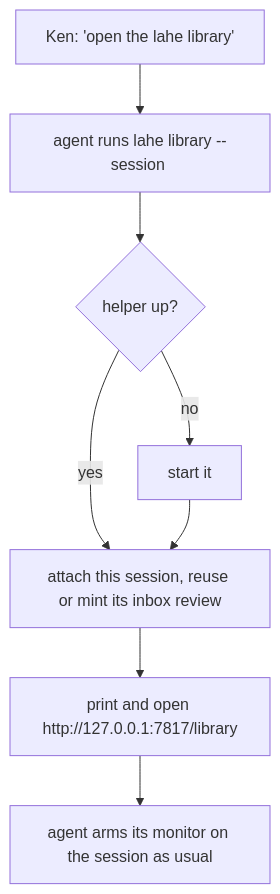
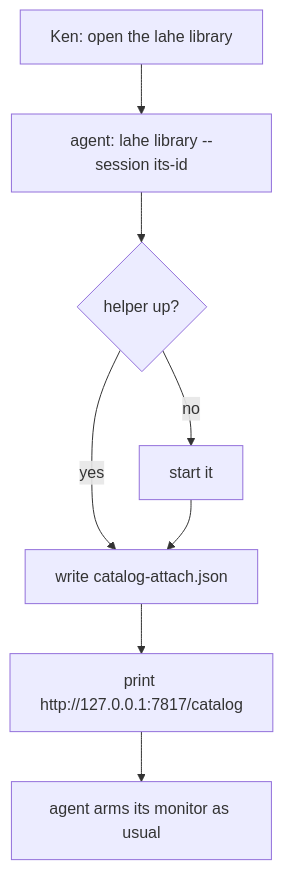
Before and after one commit to kenxle/live-agentic-html-editor: the third of 3 diagrams in docs/features/20260922.02_lahe_library/02_architecture_lahe_library.md, drawn with Mermaid. The commit also changed other lines of this file and 5 other files, not shown here.

Commit message:
Architecture: both reviews folded in; hand-overs become a helper-only queue

````diff
--- a/docs/features/20260922.02_lahe_library/02_architecture_lahe_library.md
+++ b/docs/features/20260922.02_lahe_library/02_architecture_lahe_library.md
@@ -109,10 +133,10 @@
 ```mermaid
 flowchart TD
-  C["Ken: 'open the lahe library'"] --> L["agent runs lahe library --session <its id>"]
+  C["Ken: open the lahe library"] --> L["agent: lahe library --session its-id"]
   L --> H1{"helper up?"}
   H1 -->|"no"| St["start it"]
-  H1 -->|"yes"| At
-  St --> At["attach this session, reuse or mint its inbox review"]
-  At --> P["print and open http://127.0.0.1:7817/library"]
-  P --> M["agent arms its monitor on the session as usual"]
+  H1 -->|"yes"| At["write catalog-attach.json"]
+  St --> At
+  At --> P["print http://127.0.0.1:7817/catalog"]
+  P --> M["agent arms its monitor as usual"]
 ```
````
